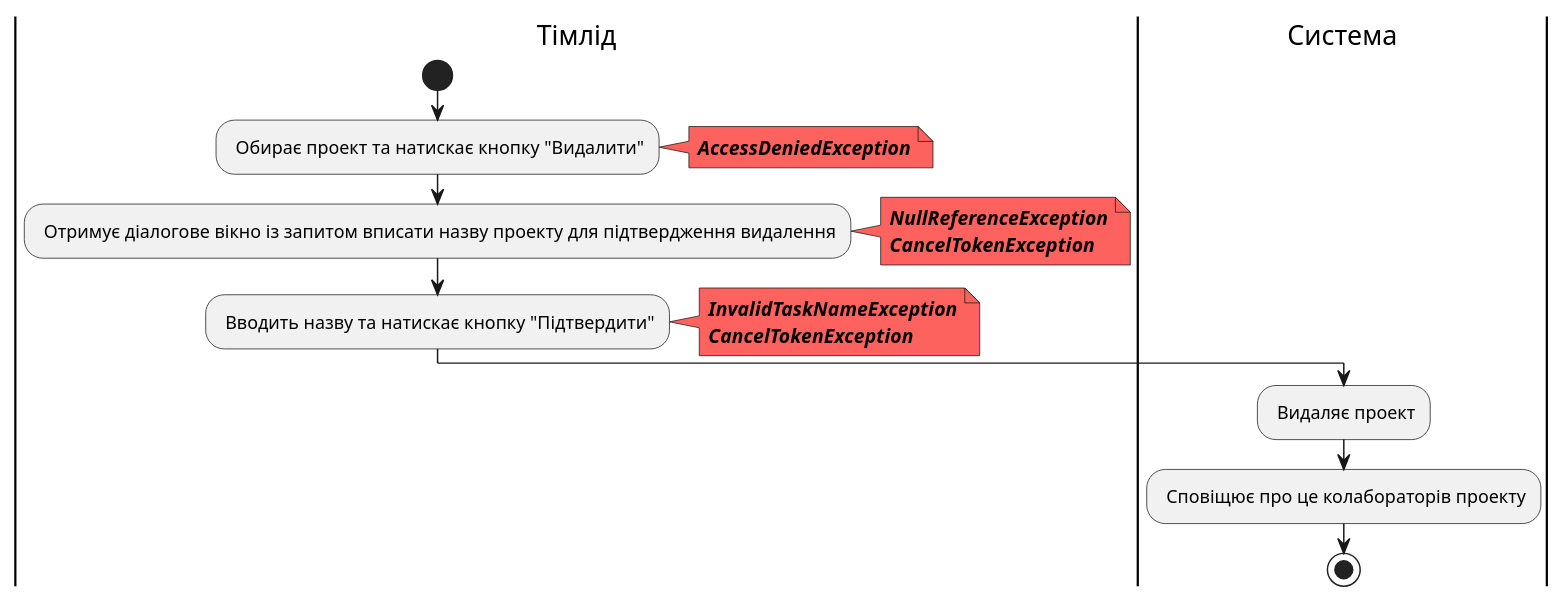
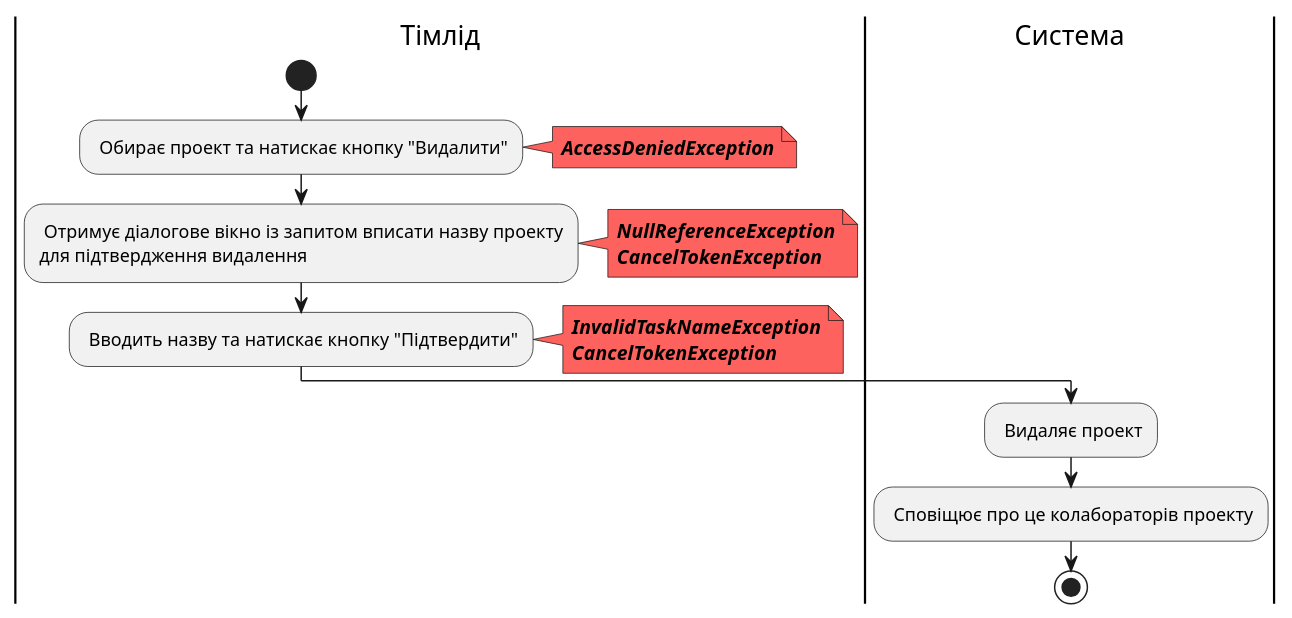
Diagram 13 of 19 in docs/use cases/README.md (stbestichhh/db_project-manager), drawn with PlantUML before and after one commit. The commit also changed other lines of this file, not shown here.

Commit message:
Fixed diagrams

```diff
--- a/docs/use cases/README.md
+++ b/docs/use cases/README.md
@@ -472,25 +472,26 @@
 @startuml
 
 |Тімлід|
 start;
 : Обирає проект та натискає кнопку "Видалити";
 note right #fd625e
 <b><i>AccessDeniedException
 end note
-: Отримує діалогове вікно із запитом вписати назву проекту для підтвердження видалення;
+: Отримує діалогове вікно із запитом вписати назву проекту 
+для підтвердження видалення;
 note right #fd625e
 <b><i>NullReferenceException
 <b><i>CancelTokenException
 end note
 : Вводить назву та натискає кнопку "Підтвердити";
 note right #fd625e
 <b><i>InvalidTaskNameException
 <b><i>CancelTokenException
 end note
 
 |Система|
  : Видаляє проект; 
  : Cповіщює про це колабораторів проекту; 
 
  stop;
 @enduml
```
